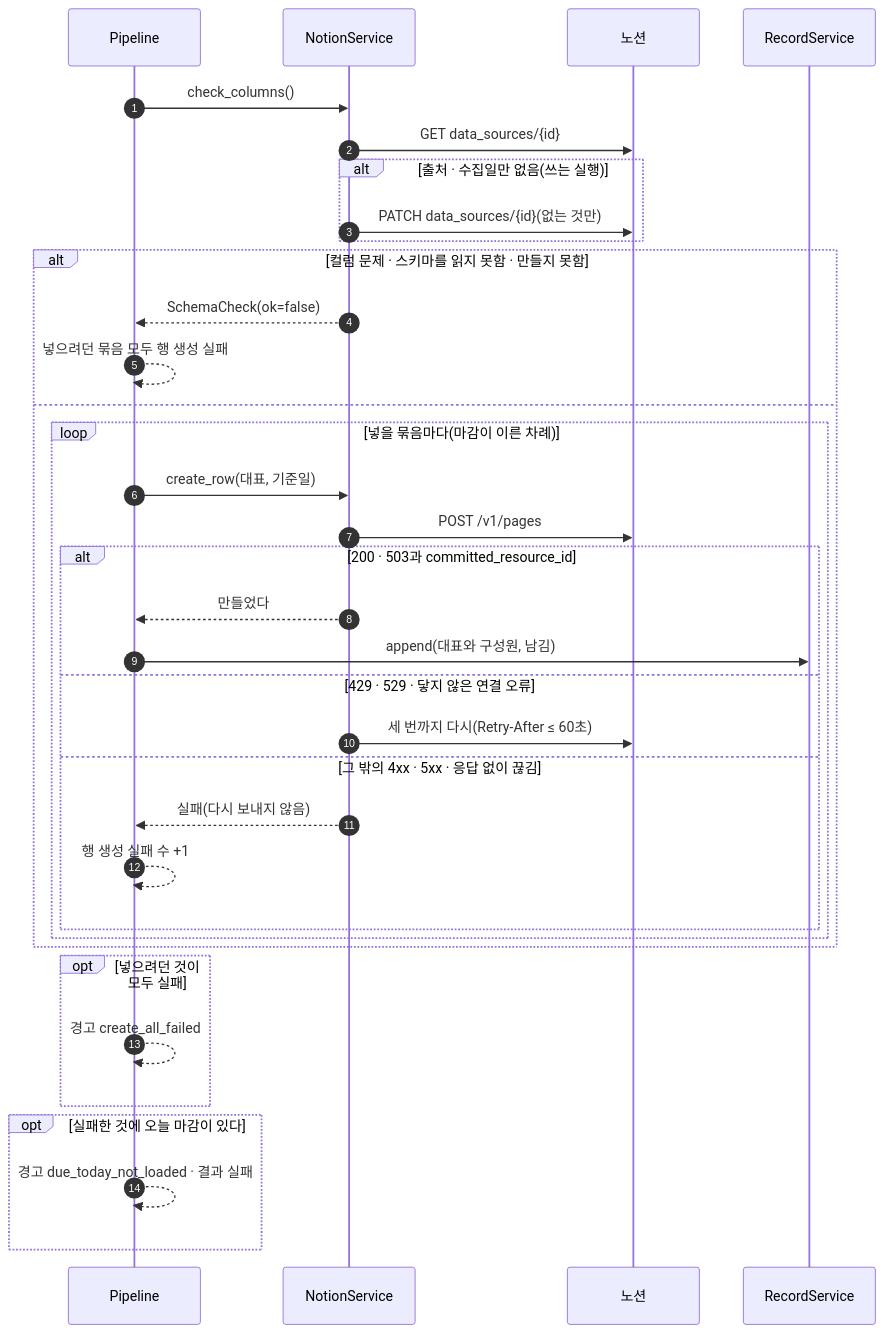
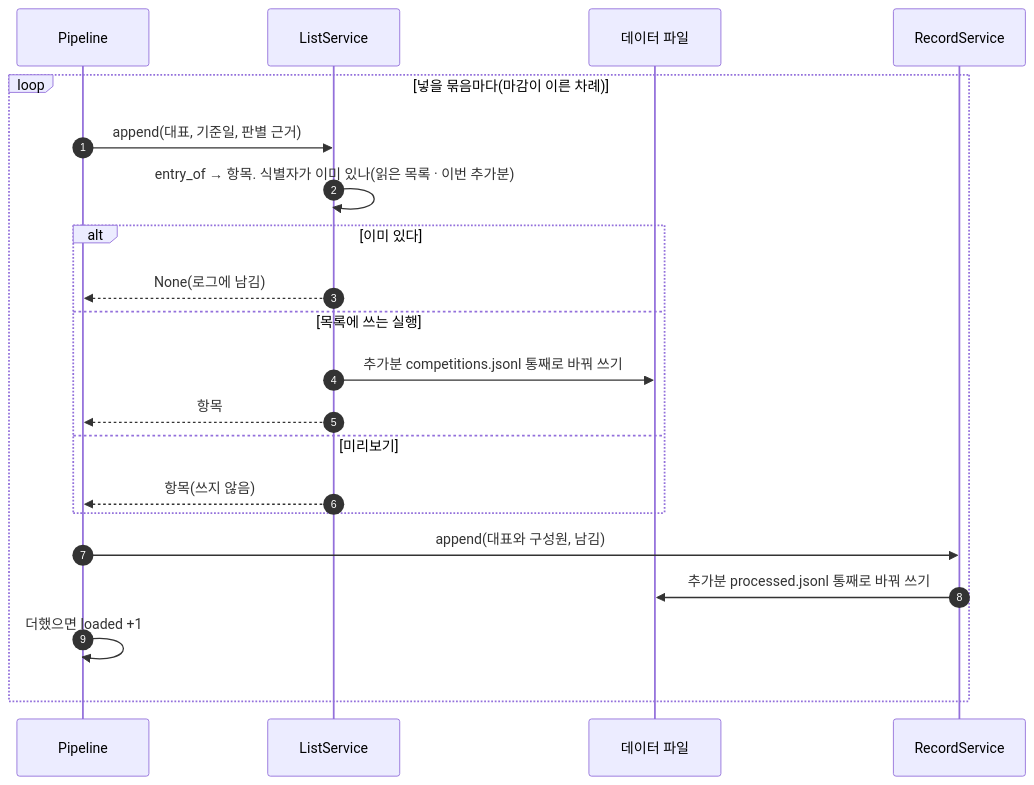
One commit to HoyoungParkme/competition-crawler changed the fifth of 12 diagrams in docs/specs/09-SEQ/CCR-SEQ-001.md. Above: the diagram before and after it, drawn with Mermaid. The commit also changed other lines of this file, not shown here.

````diff
--- a/docs/specs/09-SEQ/CCR-SEQ-001.md
+++ b/docs/specs/09-SEQ/CCR-SEQ-001.md
@@ -234,37 +238,23 @@
 ```mermaid
 sequenceDiagram
     autonumber
     participant P as Pipeline
-    participant NS as NotionService
-    participant N as 노션
+    participant LS as ListService
+    participant FS as 데이터 파일
     participant RS as RecordService
-    P->>NS: check_columns()
-    NS->>N: GET data_sources/{id}
-    alt 출처 · 수집일만 없음(쓰는 실행)
-        NS->>N: PATCH data_sources/{id}(없는 것만)
-    end
-    alt 컬럼 문제 · 스키마를 읽지 못함 · 만들지 못함
-        NS-->>P: SchemaCheck(ok=false)
-        P-->>P: 넣으려던 묶음 모두 행 생성 실패
-    else
-        loop 넣을 묶음마다(마감이 이른 차례)
-            P->>NS: create_row(대표, 기준일)
-            NS->>N: POST /v1/pages
-            alt 200 · 503과 committed_resource_id
-                NS-->>P: 만들었다
-                P->>RS: append(대표와 구성원, 남김)
-            else 429 · 529 · 닿지 않은 연결 오류
-                NS->>N: 세 번까지 다시(Retry-After ≤ 60초)
-            else 그 밖의 4xx · 5xx · 응답 없이 끊김
-                NS-->>P: 실패(다시 보내지 않음)
-                P-->>P: 행 생성 실패 수 +1
-            end
+    loop 넣을 묶음마다(마감이 이른 차례)
+        P->>LS: append(대표, 기준일, 판별 근거)
+        LS->>LS: entry_of → 항목. 식별자가 이미 있나(읽은 목록 · 이번 추가분)
+        alt 이미 있다
+            LS-->>P: None(로그에 남김)
+        else 목록에 쓰는 실행
+            LS->>FS: 추가분 competitions.jsonl 통째로 바꿔 쓰기
+            LS-->>P: 항목
+        else 미리보기
+            LS-->>P: 항목(쓰지 않음)
         end
-    end
-    opt 넣으려던 것이 모두 실패
-        P-->>P: 경고 create_all_failed
-    end
-    opt 실패한 것에 오늘 마감이 있다
-        P-->>P: 경고 due_today_not_loaded · 결과 실패
+        P->>RS: append(대표와 구성원, 남김)
+        RS->>FS: 추가분 processed.jsonl 통째로 바꿔 쓰기
+        P->>P: 더했으면 loaded +1
     end
 ```
````
